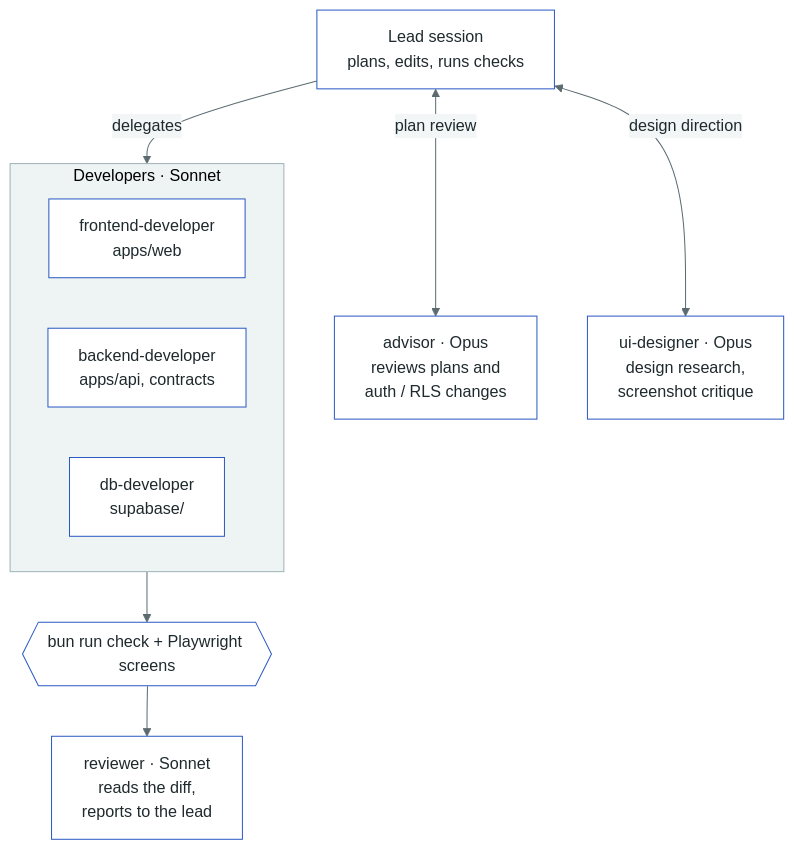
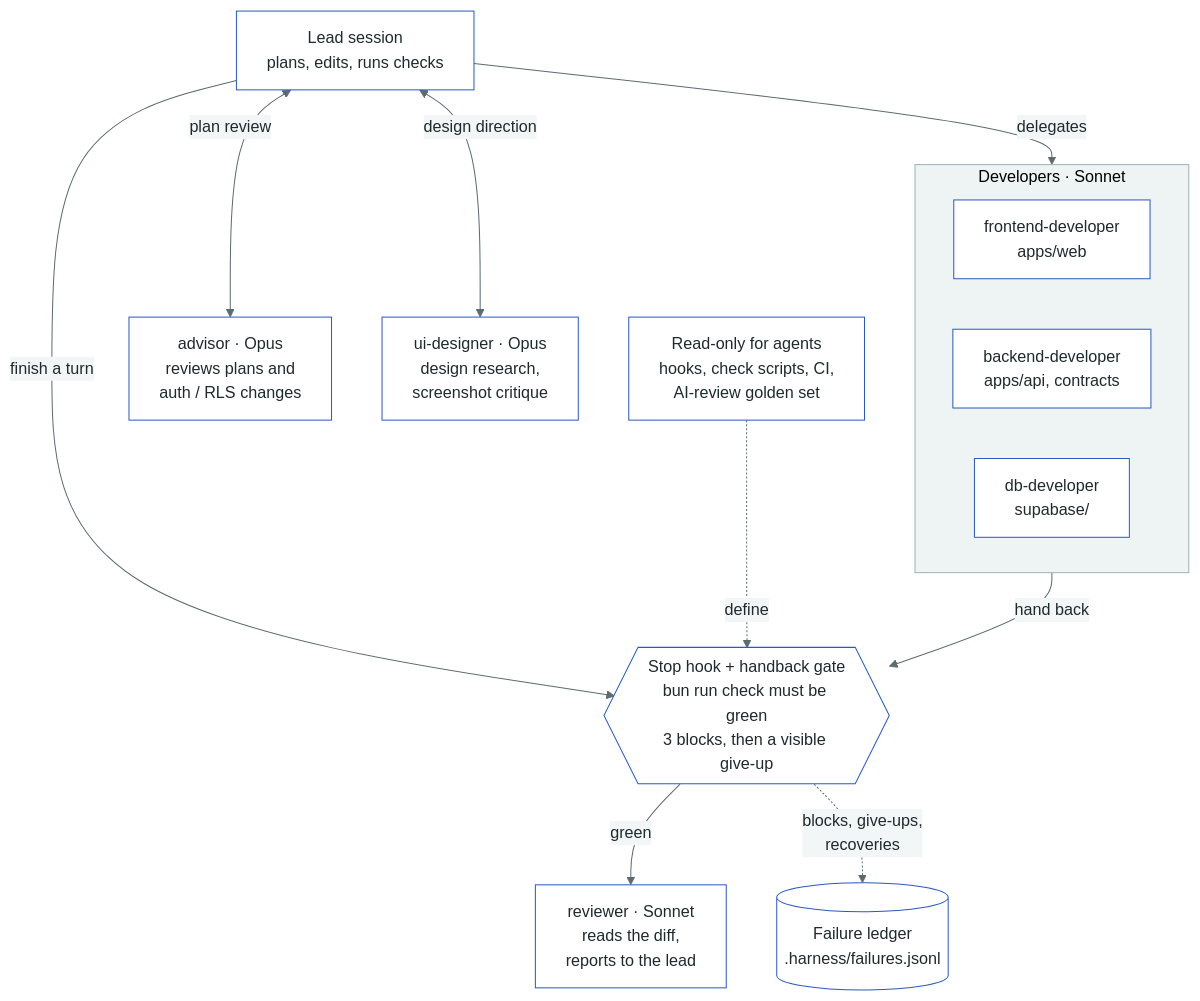
Before and after one commit to Ugur22/briefly: the diagram in docs/diagrams/agents.mmd, drawn with Mermaid. The commit also changed 2 other files, not shown here.

Commit message:
README: describe the check gates, read-only graders, ledger and golden set
The "How it was built" section and the agents diagram still showed a single
hook running check. They now show the Stop and handback gates (3 blocks,
then a visible give-up), the graders being read-only for agents, and the
failure ledger. The Checks section mentions untested.sh and the hand-run
AI-review golden set.

```diff
--- a/docs/diagrams/agents.mmd
+++ b/docs/diagrams/agents.mmd
@@ -1,19 +1,24 @@
 %%{init: {"theme":"base","themeVariables":{"primaryColor":"#ffffff","primaryBorderColor":"#2b59c3","primaryTextColor":"#1f2a2e","lineColor":"#5b6b70","edgeLabelBackground":"#f3f6f6","clusterBkg":"#eef3f3","clusterBorder":"#9fb3b6"}}}%%
 flowchart TB
   lead[Lead session<br/>plans, edits, runs checks]
   advisor[advisor · Opus<br/>reviews plans and<br/>auth / RLS changes]
   designer[ui-designer · Opus<br/>design research,<br/>screenshot critique]
   subgraph devs [Developers · Sonnet]
     direction LR
     fe[frontend-developer<br/>apps/web]
     be[backend-developer<br/>apps/api, contracts]
     dbdev[db-developer<br/>supabase/]
   end
-  check{{bun run check + Playwright screens}}
+  gate{{Stop hook + handback gate<br/>bun run check must be green<br/>3 blocks, then a visible give-up}}
   reviewer[reviewer · Sonnet<br/>reads the diff,<br/>reports to the lead]
+  ledger[(Failure ledger<br/>.harness/failures.jsonl)]
+  graders[Read-only for agents<br/>hooks, check scripts, CI,<br/>AI-review golden set]
 
   lead <-- plan review --> advisor
   lead -- delegates --> devs
   lead <-- design direction --> designer
-  devs --> check
-  check --> reviewer
+  devs -- hand back --> gate
+  lead -- finish a turn --> gate
+  gate -- green --> reviewer
+  gate -. blocks, give-ups,<br/>recoveries .-> ledger
+  graders -. define .-> gate
```
